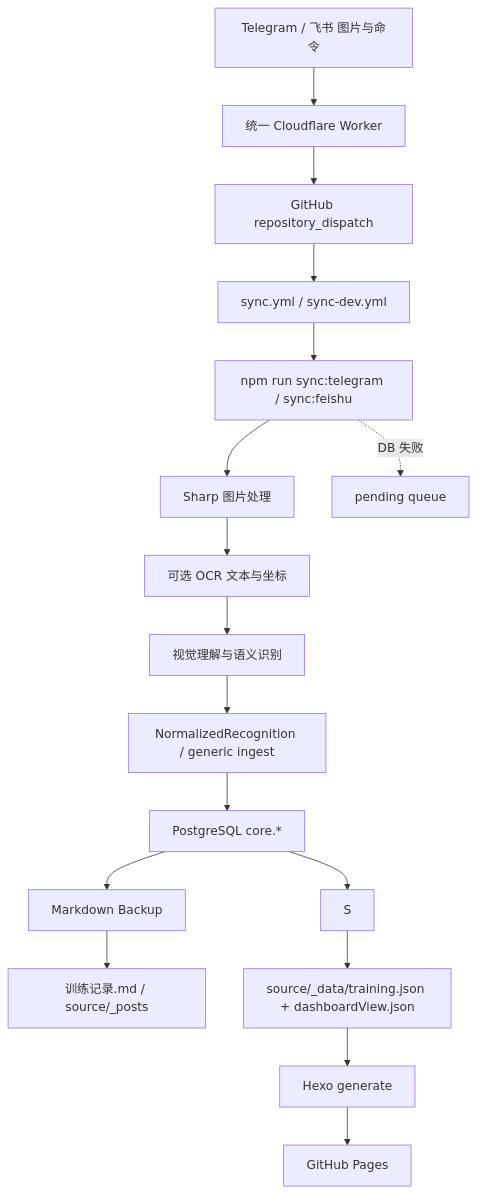
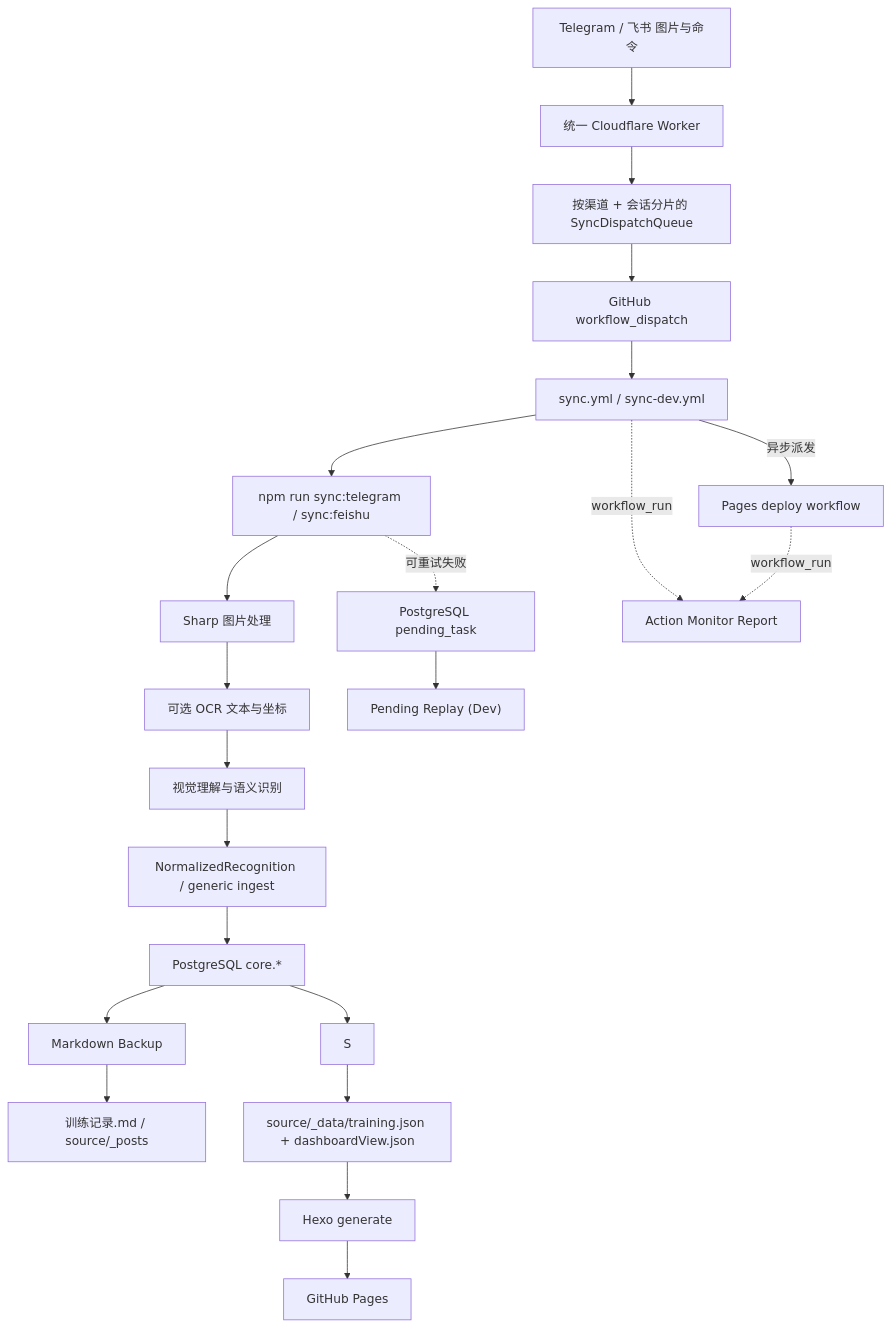
One commit to soulgo/training_records changed the diagram in README.md. Above: the diagram before and after it, drawn with Mermaid. The commit also changed other lines of this file and 167 other files, not shown here.

````diff
--- a/README.md
+++ b/README.md
@@ -35,19 +35,24 @@
 ```mermaid
 flowchart TD
   DB["PostgreSQL core.*"] --> S
   MSG["Telegram / 飞书 图片与命令"] --> W["统一 Cloudflare Worker"]
-  W --> GH["GitHub repository_dispatch"]
+  W --> QD["按渠道 + 会话分片的 SyncDispatchQueue"]
+  QD --> GH["GitHub workflow_dispatch"]
   GH --> SYNC["sync.yml / sync-dev.yml"]
   SYNC --> CMD["npm run sync:telegram / sync:feishu"]
   CMD --> IMG["Sharp 图片处理"]
   IMG --> OCR["可选 OCR 文本与坐标"]
   OCR --> AI["视觉理解与语义识别"]
   AI --> INGEST["NormalizedRecognition / generic ingest"]
   INGEST --> DB
-  CMD -. "DB 失败" .-> Q["pending queue"]
+  CMD -. "可重试失败" .-> Q["PostgreSQL pending_task"]
+  Q --> PR["Pending Replay (Dev)"]
+  SYNC -->|"异步派发"| DEPLOY["Pages deploy workflow"]
+  SYNC -. "workflow_run" .-> AM["Action Monitor Report"]
+  DEPLOY -. "workflow_run" .-> AM
   DB --> BAK["Markdown Backup"]
   BAK --> A["训练记录.md / source/_posts"]
   S --> DATA["source/_data/training.json + dashboardView.json"]
   DATA --> HEXO["Hexo generate"]
   HEXO --> PAGES["GitHub Pages"]
 ```
````
